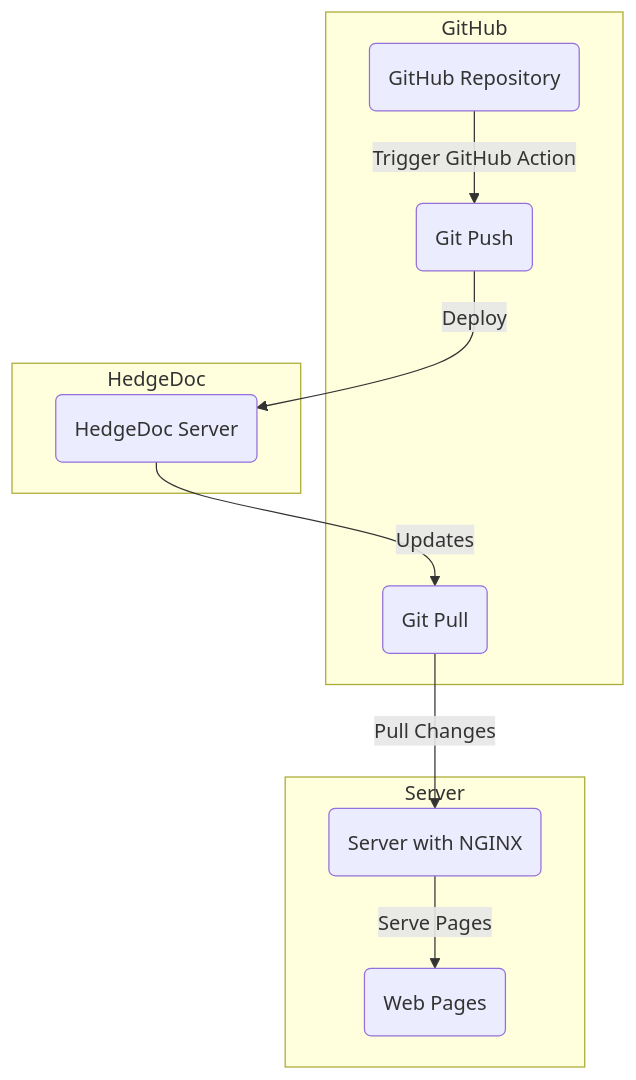
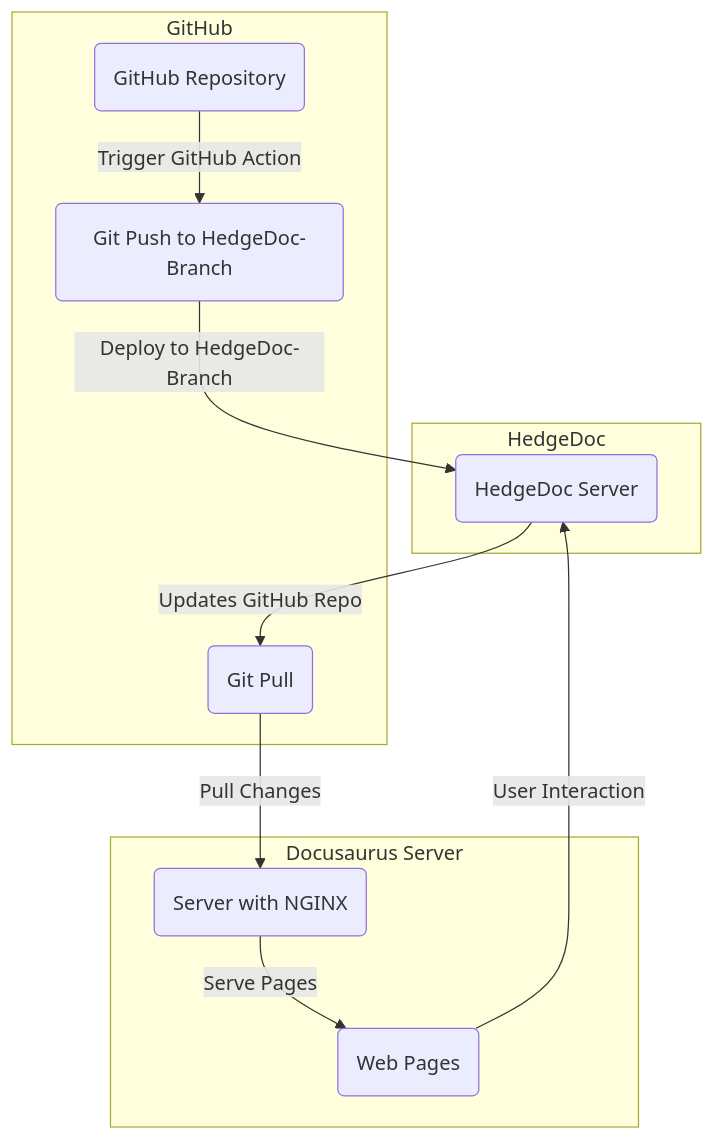
One commit to nqminds/SBOM-GAP changed the diagram in README.md. Above: the diagram before and after it, drawn with Mermaid.

Commit message:
[2024-01-11 09:57:17] Anthony McCaigue: documentation-toolchain

````diff
--- a/README.md
+++ b/README.md
@@ -6,28 +6,30 @@
 ```mermaid
 graph TD;
 
 %% GitHub
 subgraph GitHub
   ghRepo(GitHub Repository)
-  ghAction1(Git Push)
+  ghAction1(Git Push to HedgeDoc-Branch)
   ghAction2(Git Pull)
 end
 
 %% HedgeDoc Server
-subgraph HedgeDoc
+subgraph HedgeDoc 
   hedgeDoc(HedgeDoc Server)
 end
 
 %% Server Hosting Pages using NGINX
-subgraph Server
+subgraph Docusaurus Server
   nginxServer(Server with NGINX)
   nginxPage(Web Pages)
 end
 
 %% Arrows and Actions
 ghRepo -->|Trigger GitHub Action| ghAction1
-ghAction1 -->|Deploy| hedgeDoc
-hedgeDoc -->|Updates| ghAction2
+ghAction1 -->|Deploy to HedgeDoc-Branch| hedgeDoc
+hedgeDoc -->|Updates GitHub Repo| ghAction2
 ghAction2 -->|Pull Changes| nginxServer
 nginxServer -->|Serve Pages| nginxPage
+nginxPage -->|User Interaction| hedgeDoc
+
 ```
````
